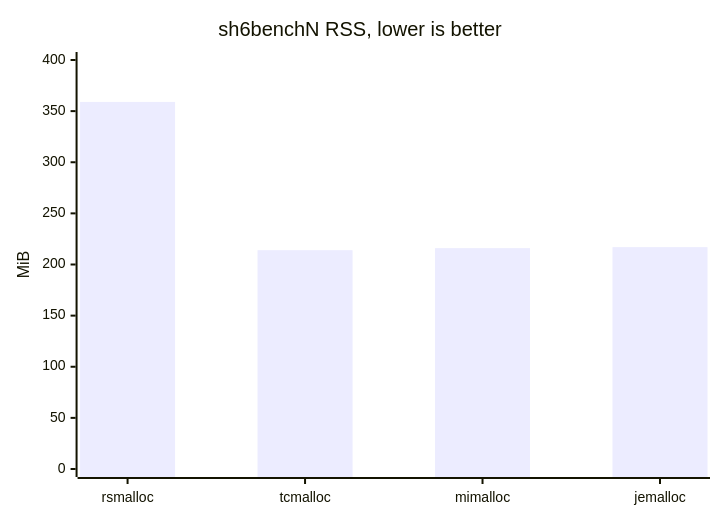
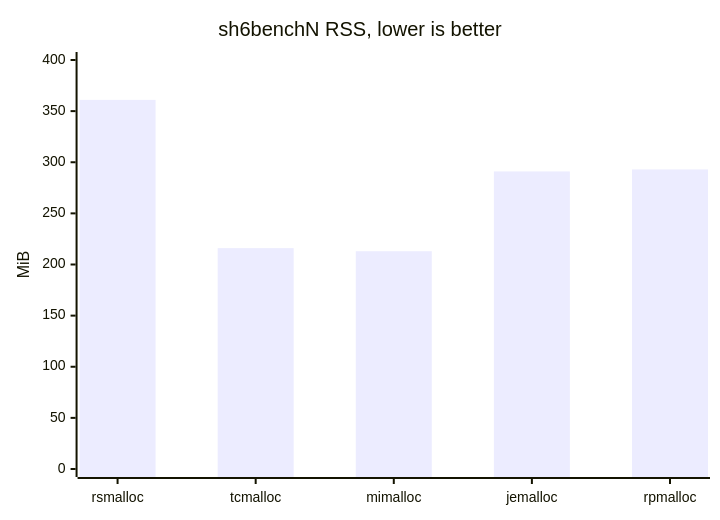
One commit to Metehan120/rsmalloc changed the sixth of 10 diagrams in benchmarks/benchmarks.md. Above: the diagram before and after it, drawn with Mermaid. The commit also changed other lines of this file and 64 other files, not shown here.

````diff
--- a/benchmarks/benchmarks.md
+++ b/benchmarks/benchmarks.md
@@ -129,7 +150,7 @@
 ```mermaid
 xychart-beta
     title "sh6benchN RSS, lower is better"
-    x-axis [rsmalloc, tcmalloc, mimalloc, jemalloc]
+    x-axis [rsmalloc, tcmalloc, mimalloc, jemalloc, rpmalloc]
     y-axis "MiB" 0 --> 400
-    bar [359, 214, 216, 217]
+    bar [361, 216, 213, 291, 293]
 ```
````
